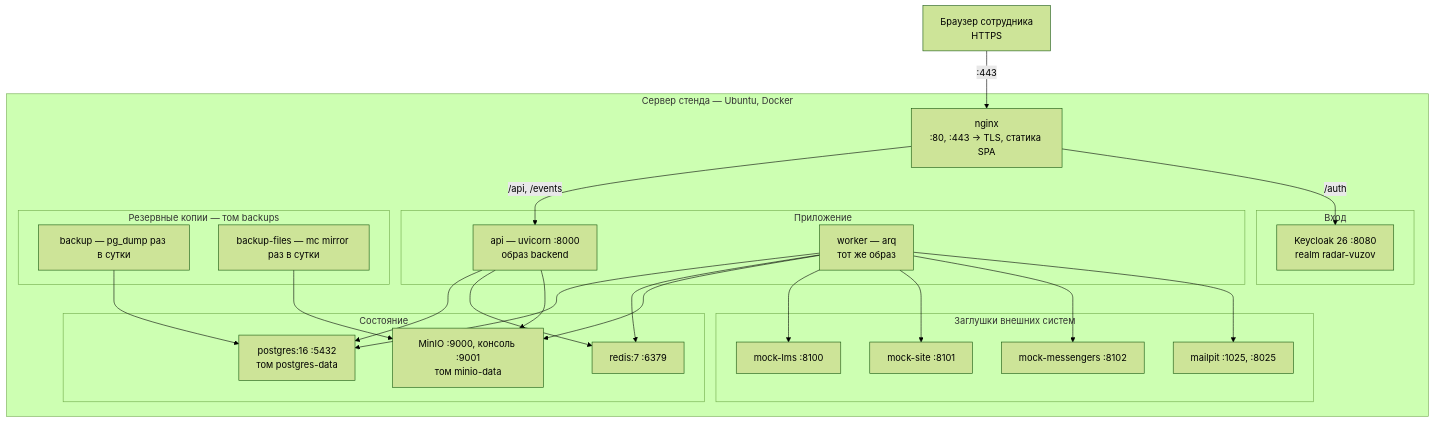
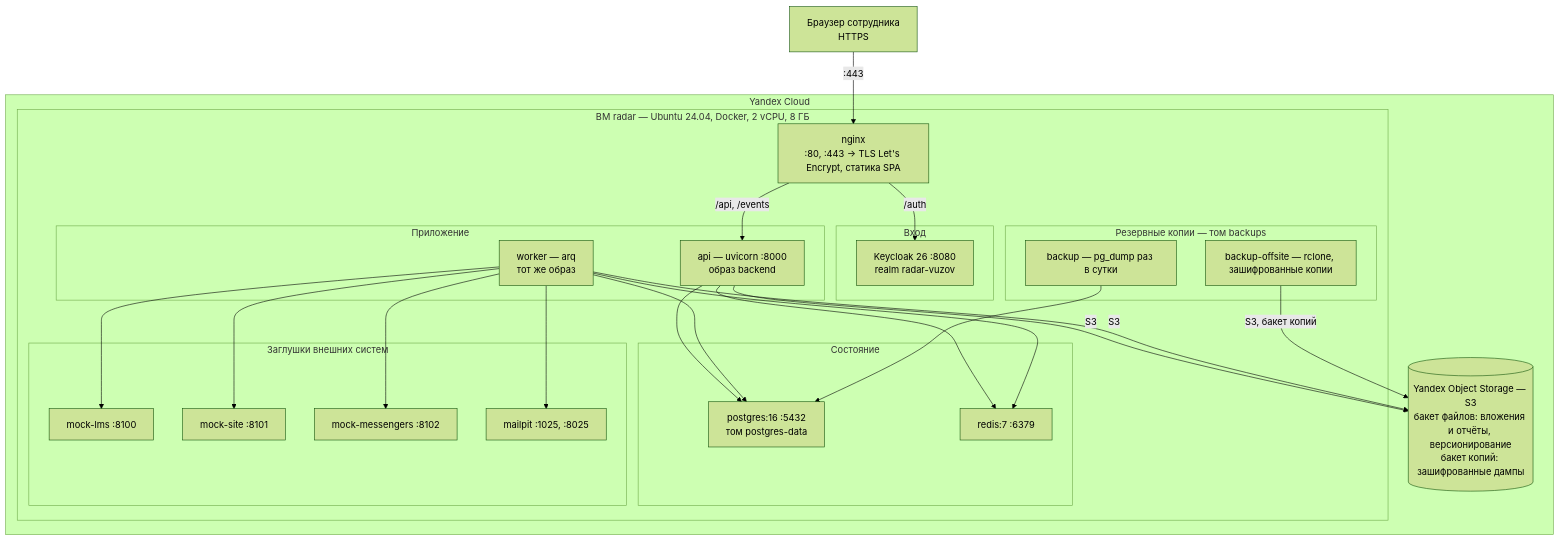
The second of 3 diagrams in docs/architecture/DIAGRAMS.md (tame2tame/hackathon_2026), drawn with Mermaid (forest theme) before and after one commit. The commit also changed other lines of this file and 14 other files, not shown here.

First line of the commit message:
docs: S3 storage explained honestly — Object Storage on the Yandex stand, MinIO locally

````diff
--- a/docs/architecture/DIAGRAMS.md
+++ b/docs/architecture/DIAGRAMS.md
@@ -74,51 +78,54 @@
 ```mermaid
 flowchart TB
     browser["Браузер сотрудника<br/>HTTPS"]
 
-    subgraph server["Сервер стенда — Ubuntu, Docker"]
-        nginx["nginx<br/>:80, :443 → TLS, статика SPA"]
+    subgraph cloud["Yandex Cloud"]
+        subgraph server["ВМ radar — Ubuntu 24.04, Docker, 2 vCPU, 8 ГБ"]
+            nginx["nginx<br/>:80, :443 → TLS Let's Encrypt, статика SPA"]
 
-        subgraph app["Приложение"]
-            api["api — uvicorn :8000<br/>образ backend"]
-            worker["worker — arq<br/>тот же образ"]
+            subgraph app["Приложение"]
+                api["api — uvicorn :8000<br/>образ backend"]
+                worker["worker — arq<br/>тот же образ"]
+            end
+
+            subgraph state["Состояние"]
+                pg["postgres:16 :5432<br/>том postgres-data"]
+                redis["redis:7 :6379"]
+            end
+
+            subgraph auth["Вход"]
+                kc["Keycloak 26 :8080<br/>realm radar-vuzov"]
+            end
+
+            subgraph backup["Резервные копии — том backups"]
+                dump["backup — pg_dump раз в сутки"]
+                offsite["backup-offsite — rclone, зашифрованные копии"]
+            end
+
+            subgraph mocks["Заглушки внешних систем"]
+                mocklms["mock-lms :8100"]
+                mocksite["mock-site :8101"]
+                mockmsg["mock-messengers :8102"]
+                mailpit["mailpit :1025, :8025"]
+            end
         end
 
-        subgraph state["Состояние"]
-            pg["postgres:16 :5432<br/>том postgres-data"]
-            redis["redis:7 :6379"]
-            minio["MinIO :9000, консоль :9001<br/>том minio-data"]
-        end
-
-        subgraph auth["Вход"]
-            kc["Keycloak 26 :8080<br/>realm radar-vuzov"]
-        end
-
-        subgraph backup["Резервные копии — том backups"]
-            dump["backup — pg_dump раз в сутки"]
-            mirror["backup-files — mc mirror раз в сутки"]
-        end
-
-        subgraph mocks["Заглушки внешних систем"]
-            mocklms["mock-lms :8100"]
-            mocksite["mock-site :8101"]
-            mockmsg["mock-messengers :8102"]
-            mailpit["mailpit :1025, :8025"]
-        end
+        files[("Yandex Object Storage — S3<br/>бакет файлов: вложения и отчёты, версионирование<br/>бакет копий: зашифрованные дампы")]
     end
 
     browser -->|":443"| nginx
     nginx -->|"/api, /events"| api
     nginx -->|"/auth"| kc
     api --> pg
     api --> redis
-    api --> minio
+    api -->|"S3"| files
     worker --> pg
     worker --> redis
-    worker --> minio
+    worker -->|"S3"| files
     worker --> mocklms
     worker --> mocksite
     worker --> mockmsg
     worker --> mailpit
     dump --> pg
-    mirror --> minio
+    offsite -->|"S3, бакет копий"| files
 ```
````
